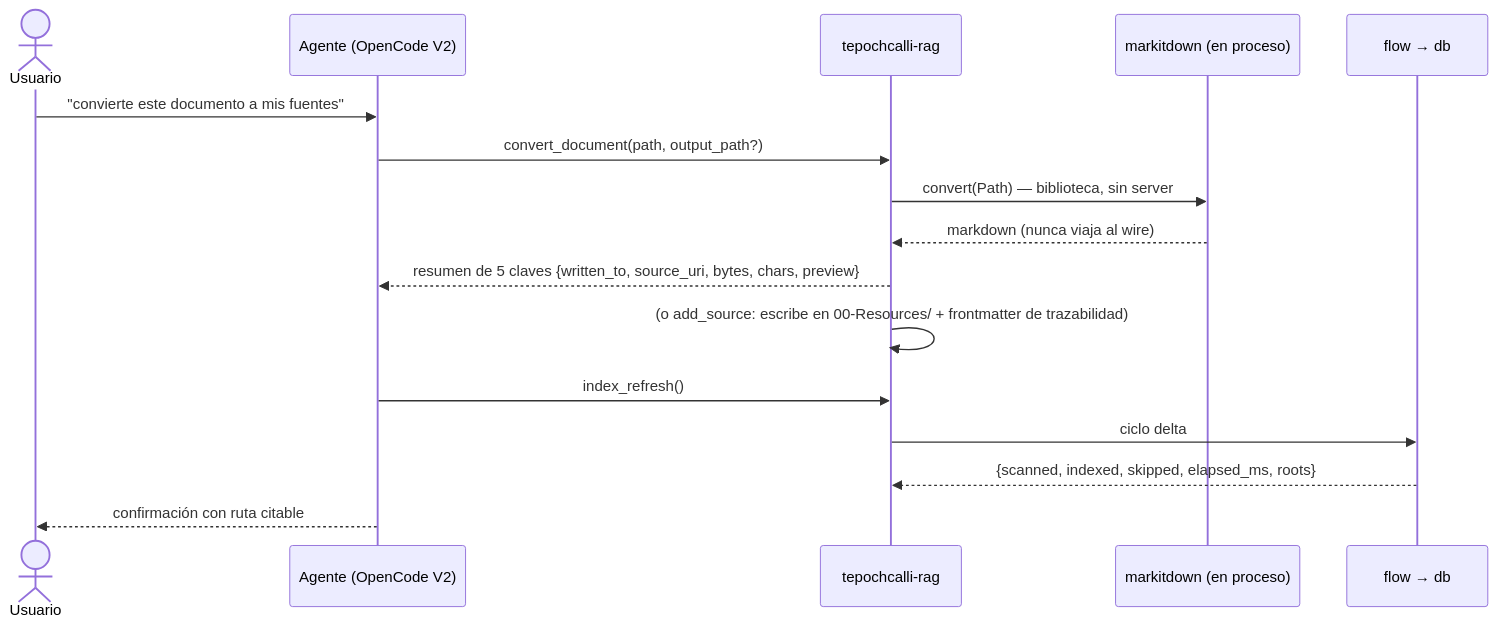
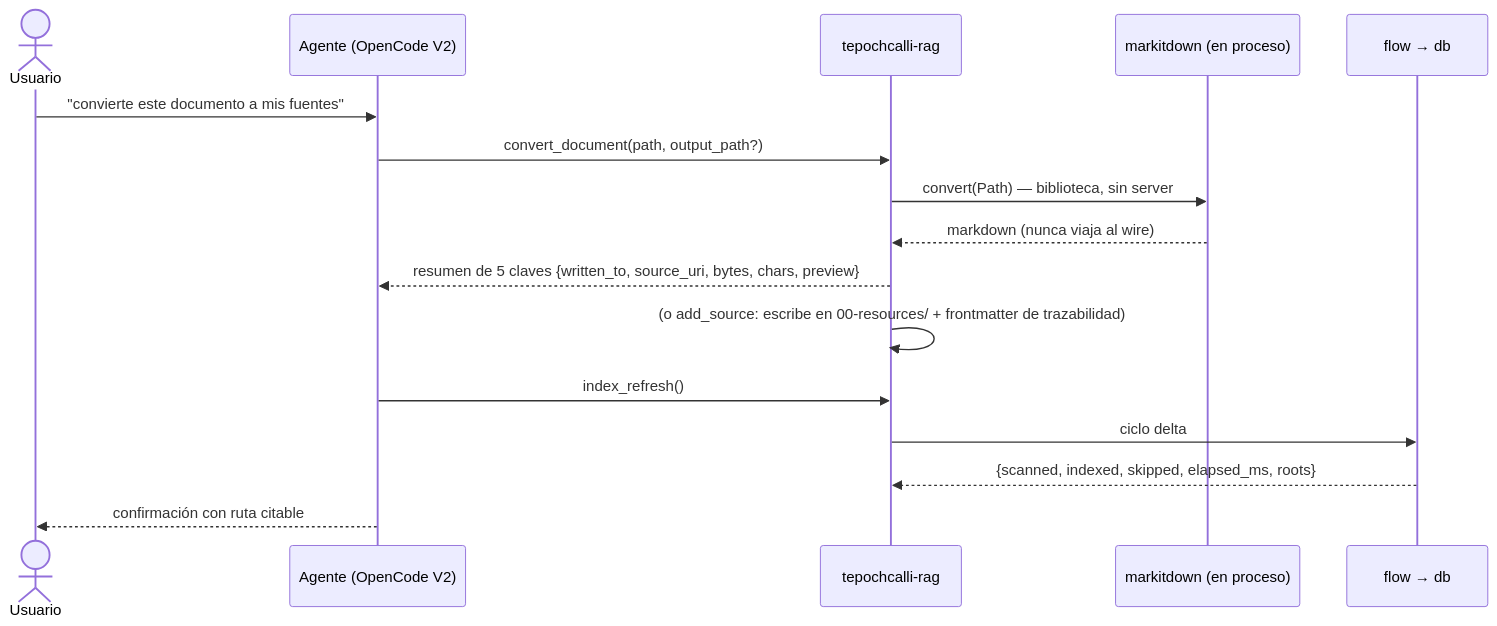
The third of 5 diagrams in docs/ARCHITECTURE.md (Fisherk2/tepochcalli-opencode), drawn with Mermaid before and after one commit. The commit also changed other lines of this file and 7 other files, not shown here.

````diff
--- a/docs/ARCHITECTURE.md
+++ b/docs/ARCHITECTURE.md
@@ -85,18 +85,18 @@
 ```mermaid
 sequenceDiagram
     actor U as Usuario
     participant A as Agente (OpenCode V2)
     participant S as tepochcalli-rag
     participant M as markitdown (en proceso)
     participant F as flow → db
     U->>A: "convierte este documento a mis fuentes"
     A->>S: convert_document(path, output_path?)
     S->>M: convert(Path) — biblioteca, sin server
     M-->>S: markdown (nunca viaja al wire)
     S-->>A: resumen de 5 claves {written_to, source_uri, bytes, chars, preview}
-    S->>S: (o add_source: escribe en 00-Resources/ + frontmatter de trazabilidad)
+    S->>S: (o add_source: escribe en 00-resources/ + frontmatter de trazabilidad)
     A->>S: index_refresh()
     S->>F: ciclo delta
     F-->>S: {scanned, indexed, skipped, elapsed_ms, roots}
     A-->>U: confirmación con ruta citable
 ```
````
